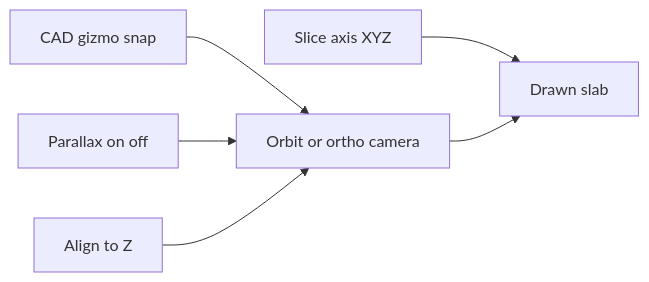
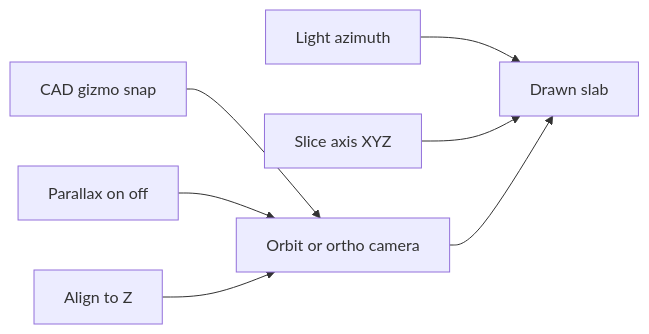
Before and after one commit to PiMaV/DONNER: diagram 16 of 24 in architecture.md, drawn with Mermaid. The commit also changed other lines of this file and 15 other files, not shown here.

Commit message:
Let AR yaw the pillar on the table after place, and steer desktop shading with a light azimuth so orbit stays look-around.

````diff
--- a/architecture.md
+++ b/architecture.md
@@ -365,14 +395,16 @@
 ```mermaid
 flowchart LR
   gizmo[CAD gizmo snap]
   para[Parallax on off]
   align[Align to Z]
+  light[Light azimuth]
   slice[Slice axis XYZ]
   cam[Orbit or ortho camera]
   vol[Drawn slab]
   gizmo --> cam
   para --> cam
   align --> cam
+  light --> vol
   slice --> vol
   cam --> vol
 ```
````
